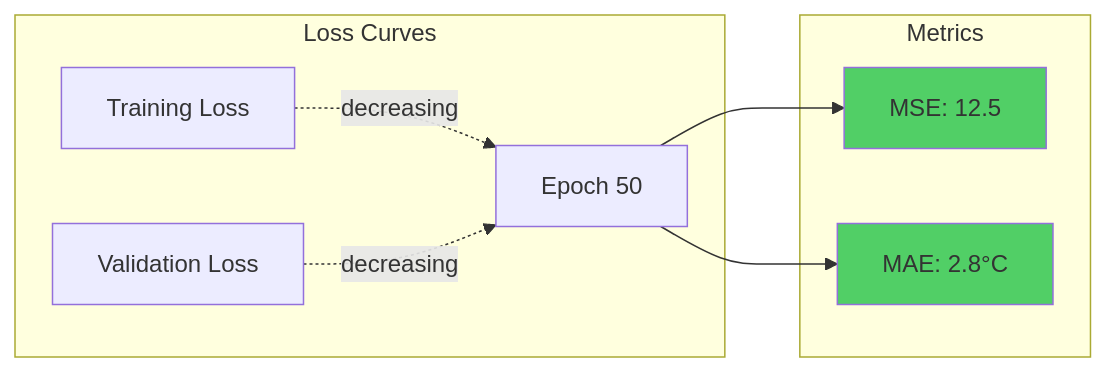
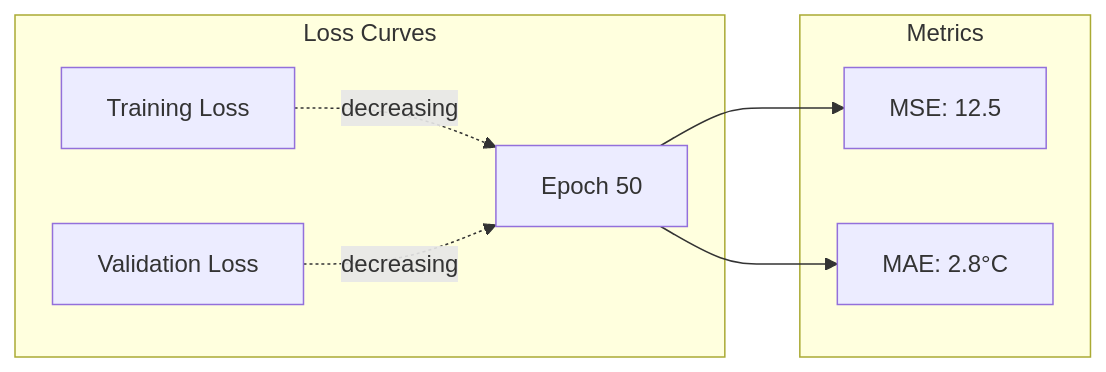
One commit to Divesh-Kshirsagar/BIMCS changed the fourth of 4 diagrams in docs/ml-training.md. Above: the diagram before and after it, drawn with Mermaid. The commit also changed other lines of this file and 7 other files, not shown here.

Commit message:
refactor: remove unnecessary style definitions from documentation diagrams

````diff
--- a/docs/ml-training.md
+++ b/docs/ml-training.md
@@ -286,18 +283,16 @@
 ```mermaid
 graph LR
     subgraph "Loss Curves"
         A[Training Loss] -.decreasing.-> B[Epoch 50]
         C[Validation Loss] -.decreasing.-> B
     end
     
     subgraph "Metrics"
         D[MSE: 12.5]
         E[MAE: 2.8°C]
     end
     
     B --> D
     B --> E
-    
-    style D fill:#51cf66
-    style E fill:#51cf66
+
 ```
````
